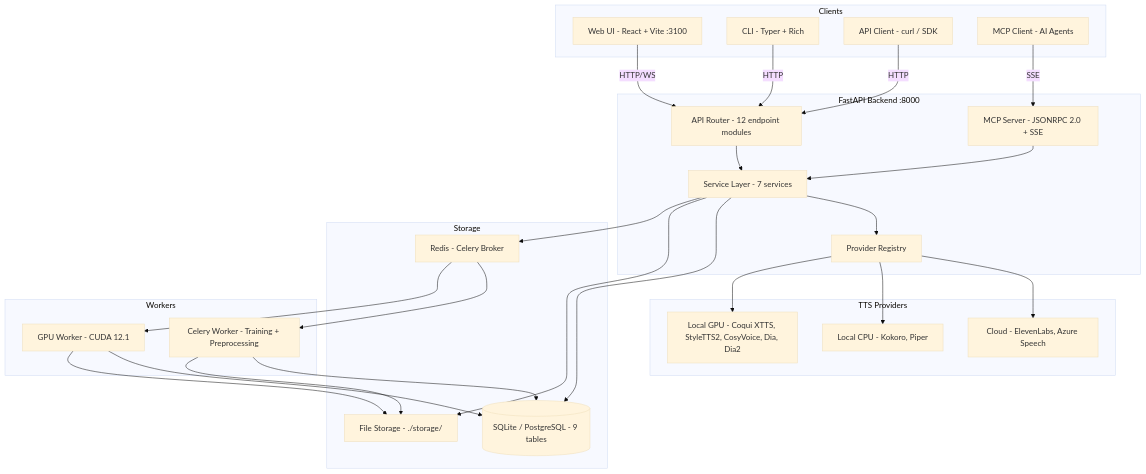
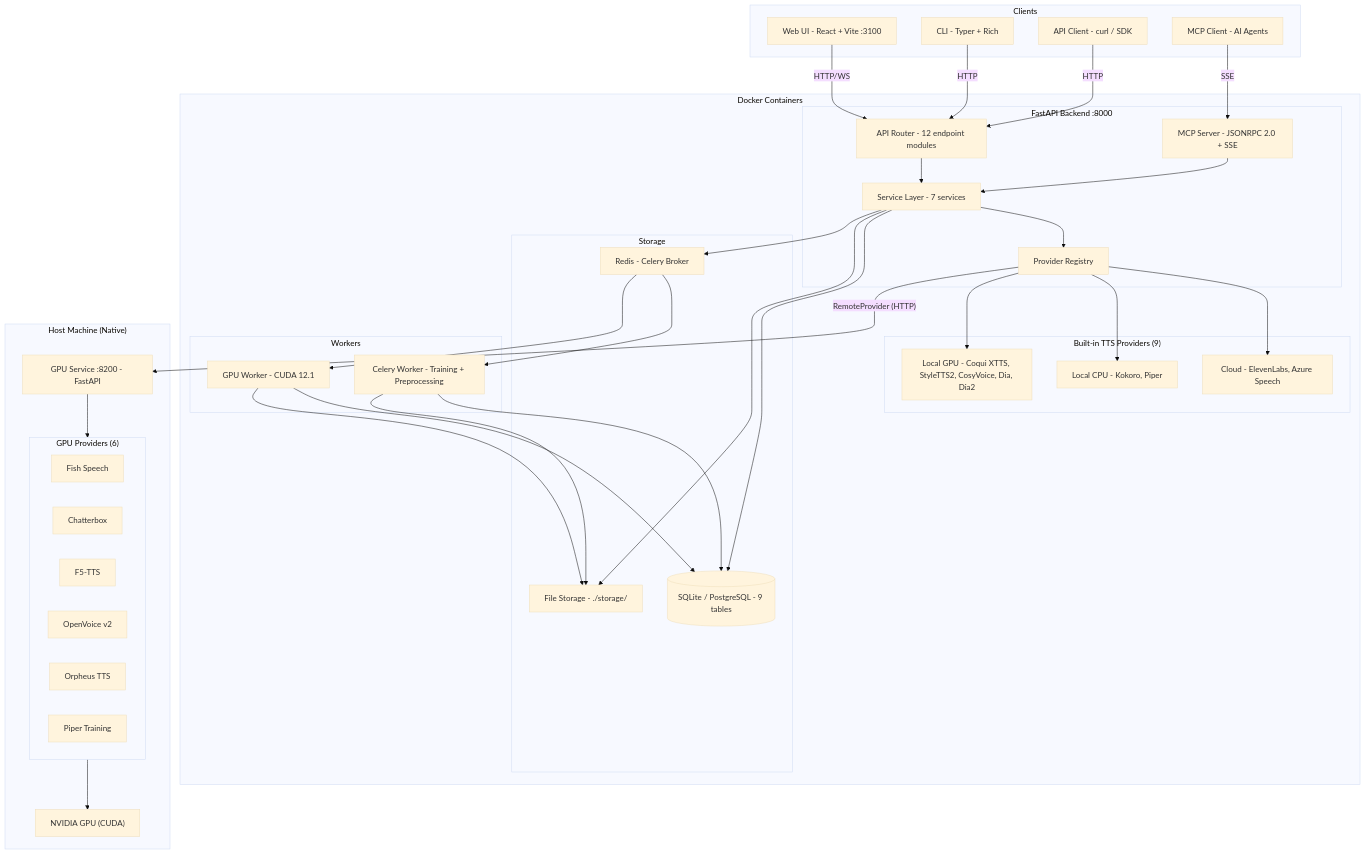
The first of 6 diagrams in docs/architecture.md (HouseGarofalo/atlas-vox), drawn with Mermaid (base theme) before and after one commit. The commit also changed other lines of this file and 3 other files, not shown here.

First line of the commit message:
docs: update all documentation for 15 providers, GPU service, voice library

````diff
--- a/docs/architecture.md
+++ b/docs/architecture.md
@@ -35,56 +36,75 @@
 ```mermaid
 graph TB
     subgraph Clients
         WebUI["Web UI - React + Vite :3100"]
         CLI["CLI - Typer + Rich"]
         API_Client["API Client - curl / SDK"]
         MCP_Client["MCP Client - AI Agents"]
     end
 
-    subgraph Backend["FastAPI Backend :8000"]
-        Router["API Router - 12 endpoint modules"]
-        MCP["MCP Server - JSONRPC 2.0 + SSE"]
-        Services["Service Layer - 7 services"]
-        Registry["Provider Registry"]
+    subgraph Docker["Docker Containers"]
+        subgraph Backend["FastAPI Backend :8000"]
+            Router["API Router - 12 endpoint modules"]
+            MCP["MCP Server - JSONRPC 2.0 + SSE"]
+            Services["Service Layer - 7 services"]
+            Registry["Provider Registry"]
+        end
+
+        subgraph Providers["Built-in TTS Providers (9)"]
+            Cloud["Cloud - ElevenLabs, Azure Speech"]
+            LocalCPU["Local CPU - Kokoro, Piper"]
+            LocalGPU["Local GPU - Coqui XTTS, StyleTTS2, CosyVoice, Dia, Dia2"]
+        end
+
+        subgraph Storage
+            DB[("SQLite / PostgreSQL - 9 tables")]
+            FileStore["File Storage - ./storage/"]
+            Redis["Redis - Celery Broker"]
+        end
+
+        subgraph Workers
+            CeleryWorker["Celery Worker - Training + Preprocessing"]
+            GPUWorker["GPU Worker - CUDA 12.1"]
+        end
     end
 
-    subgraph Providers["TTS Providers"]
-        Cloud["Cloud - ElevenLabs, Azure Speech"]
-        LocalCPU["Local CPU - Kokoro, Piper"]
-        LocalGPU["Local GPU - Coqui XTTS, StyleTTS2, CosyVoice, Dia, Dia2"]
-    end
-
-    subgraph Storage
-        DB[("SQLite / PostgreSQL - 9 tables")]
-        FileStore["File Storage - ./storage/"]
-        Redis["Redis - Celery Broker"]
-    end
-
-    subgraph Workers
-        CeleryWorker["Celery Worker - Training + Preprocessing"]
-        GPUWorker["GPU Worker - CUDA 12.1"]
+    subgraph Host["Host Machine (Native)"]
+        GPUService["GPU Service :8200 - FastAPI"]
+        subgraph GPUProviders["GPU Providers (6)"]
+            FishSpeech["Fish Speech"]
+            Chatterbox["Chatterbox"]
+            F5TTS["F5-TTS"]
+            OpenVoice["OpenVoice v2"]
+            Orpheus["Orpheus TTS"]
+            PiperTraining["Piper Training"]
+        end
+        NVGPU["NVIDIA GPU (CUDA)"]
     end
 
     WebUI -->|HTTP/WS| Router
     CLI -->|HTTP| Router
     API_Client -->|HTTP| Router
     MCP_Client -->|SSE| MCP
 
     Router --> Services
     MCP --> Services
     Services --> Registry
     Services --> DB
     Services --> FileStore
     Services --> Redis
 
     Registry --> Cloud
     Registry --> LocalCPU
     Registry --> LocalGPU
+    Registry -->|"RemoteProvider (HTTP)"| GPUService
+
+    GPUService --> GPUProviders
+    GPUProviders --> NVGPU
 
     Redis --> CeleryWorker
     Redis --> GPUWorker
     CeleryWorker --> DB
     CeleryWorker --> FileStore
     GPUWorker --> DB
     GPUWorker --> FileStore
 ```
````
